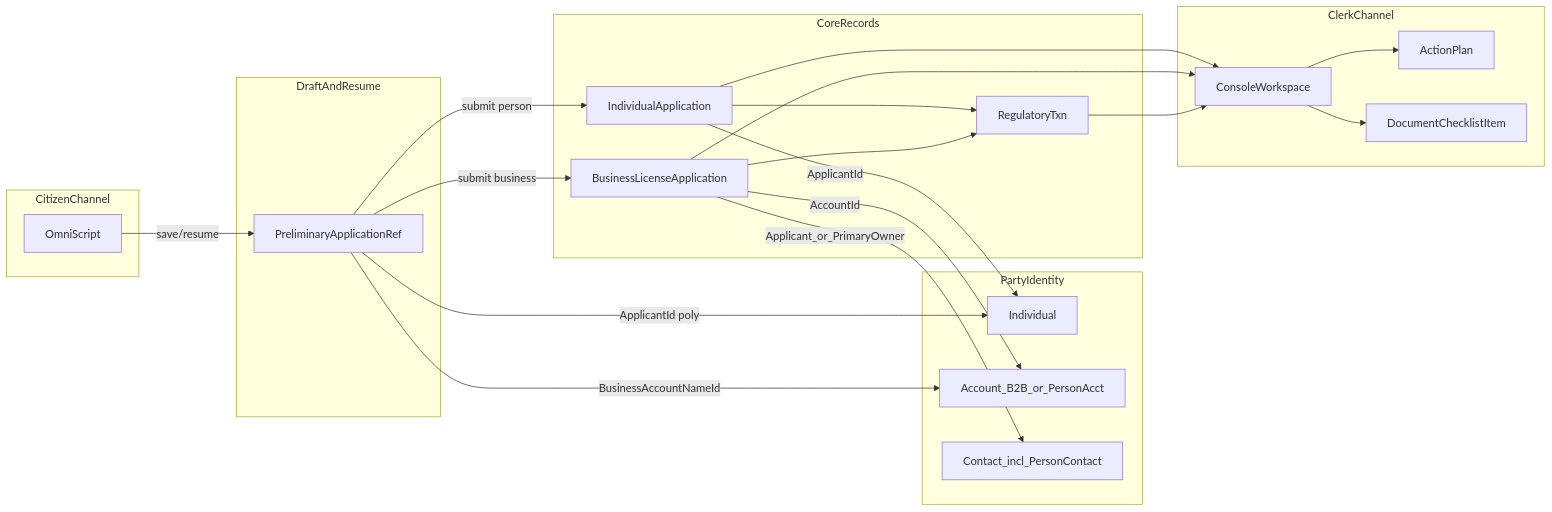
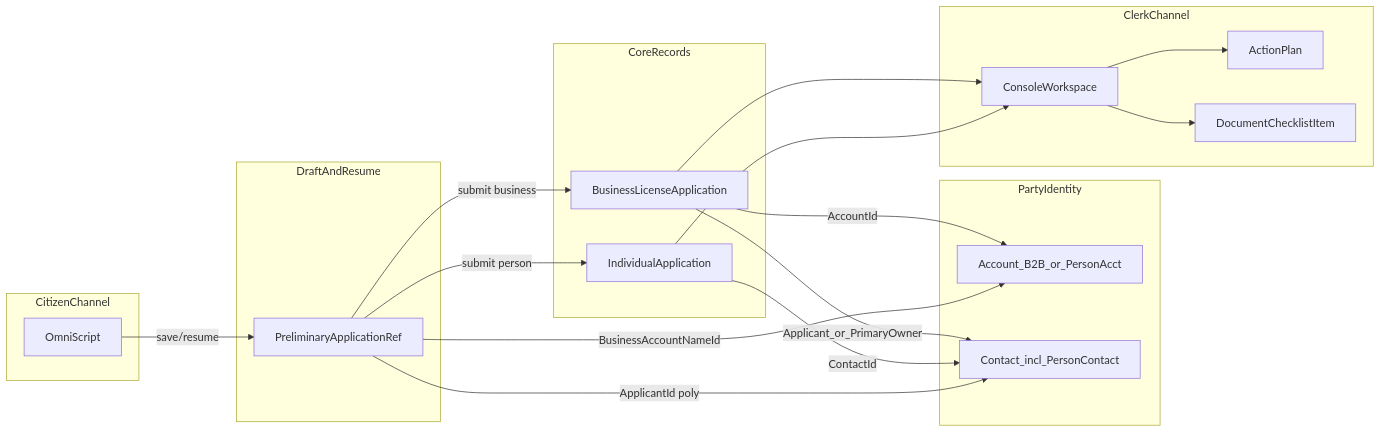
One commit to erikboderek/sf-public-sector-skills changed the diagram in docs/plan-pss-phased.md. Above: the diagram before and after it, drawn with Mermaid. The commit also changed other lines of this file and 2 other files, not shown here.

````diff
--- a/docs/plan-pss-phased.md
+++ b/docs/plan-pss-phased.md
@@ -14,39 +14,34 @@
 ```mermaid
 flowchart LR
   subgraph citizenChannel [CitizenChannel]
     OS[OmniScript]
   end
   subgraph draftAnchor [DraftAndResume]
     PAR[PreliminaryApplicationRef]
   end
   subgraph partyIdentity [PartyIdentity]
-    IND[Individual]
     ACC[Account_B2B_or_PersonAcct]
     CNTCT[Contact_incl_PersonContact]
   end
   subgraph coreRecords [CoreRecords]
     IA[IndividualApplication]
     BLA[BusinessLicenseApplication]
-    RT[RegulatoryTxn]
   end
   subgraph clerkChannel [ClerkChannel]
     CONS[ConsoleWorkspace]
     AP[ActionPlan]
     DCI[DocumentChecklistItem]
   end
   OS -->|save/resume| PAR
   PAR -->|submit person| IA
   PAR -->|submit business| BLA
-  PAR -->|ApplicantId poly| IND
+  PAR -->|ApplicantId poly| CNTCT
   PAR -->|BusinessAccountNameId| ACC
-  IA -->|ApplicantId| IND
+  IA -->|ContactId| CNTCT
   BLA -->|AccountId| ACC
   BLA -->|Applicant_or_PrimaryOwner| CNTCT
-  IA --> RT
-  BLA --> RT
   IA --> CONS
   BLA --> CONS
-  RT --> CONS
   CONS --> AP
   CONS --> DCI
 ```
````
